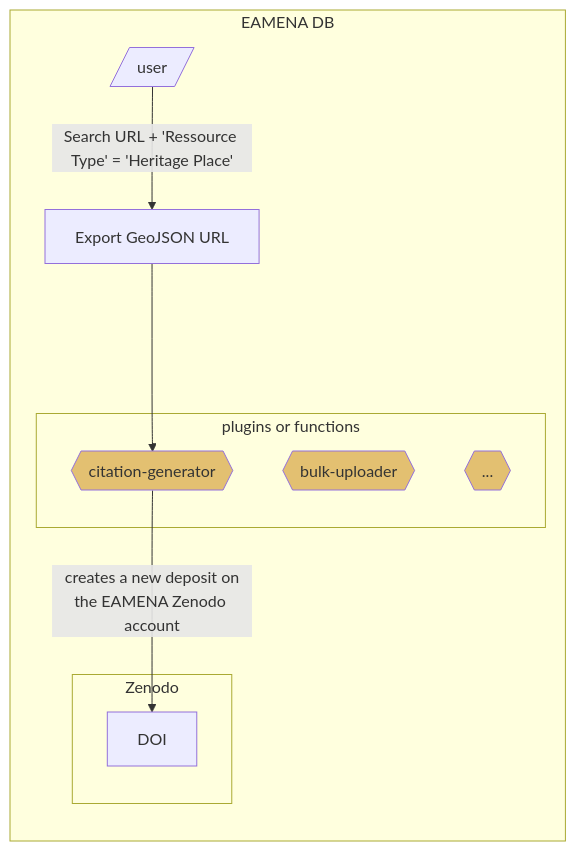
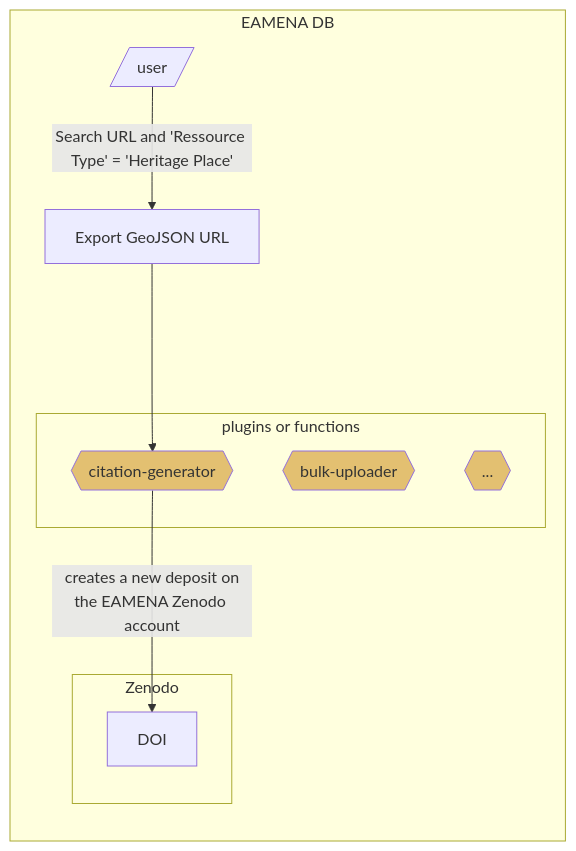
The diagram in data/bibref/README.md (eamena-project/eamena-arches-dev), drawn with Mermaid before and after one commit.

````diff
--- a/data/bibref/README.md
+++ b/data/bibref/README.md
@@ -6,16 +6,16 @@
 ```mermaid
 flowchart LR
 	subgraph EAMENA DB
-		U[/user/] -- Search URL + 'Ressource Type' = 'Heritage Place' --> E[Export GeoJSON URL]
+		U[/user/] -- Search URL and 'Ressource Type' = 'Heritage Place' --> E[Export GeoJSON URL]
 		E ---> G{{citation-generator}}:::eamenaFunc;
 		subgraph plugins or functions
 		G
 		H{{bulk-uploader}}:::eamenaFunc;
 		I{{...}}:::eamenaFunc;
 		end
 	subgraph "Zenodo"
 	G -- creates a new deposit on<br>the EAMENA Zenodo account --> DOI
 	end
 end
 classDef eamenaFunc fill:#e3c071;
 ```
````
